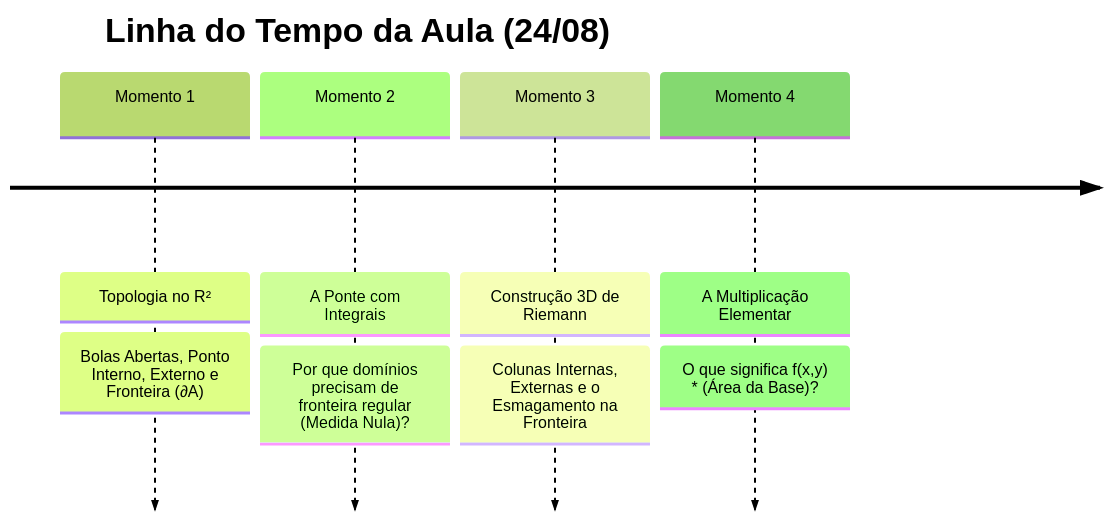
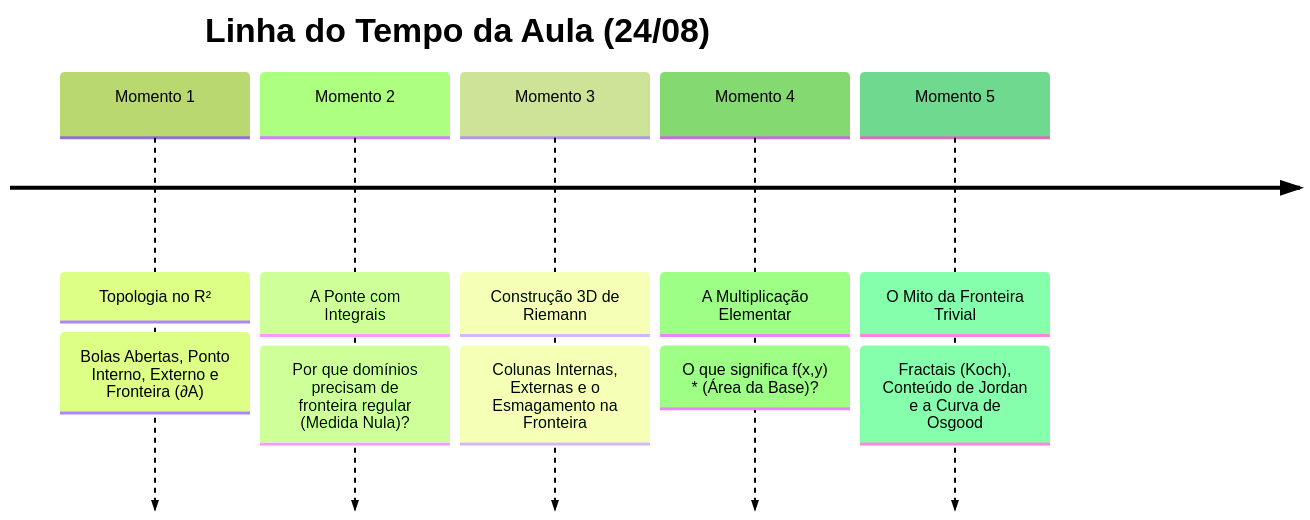
Before and after one commit to londresarthur/londresarthur.github.io: the diagram in academico/calculo/2408/live_aula.md, drawn with Mermaid (forest theme). The commit also changed other lines of this file and 4 other files, not shown here.

Commit message:
docs(calculo): add fractal boundaries, Koch snowflake and Osgood curves with bulletproof KaTeX

````diff
--- a/academico/calculo/2408/live_aula.md
+++ b/academico/calculo/2408/live_aula.md
@@ -10,8 +10,9 @@
 ```mermaid
 timeline
     title Linha do Tempo da Aula (24/08)
     Momento 1 : Topologia no R² : Bolas Abertas, Ponto Interno, Externo e Fronteira (∂A)
     Momento 2 : A Ponte com Integrais : Por que domínios precisam de fronteira regular (Medida Nula)?
     Momento 3 : Construção 3D de Riemann : Colunas Internas, Externas e o Esmagamento na Fronteira
     Momento 4 : A Multiplicação Elementar : O que significa f(x,y) * (Área da Base)?
+    Momento 5 : O Mito da Fronteira Trivial : Fractais (Koch), Conteúdo de Jordan e a Curva de Osgood
 ```
````
